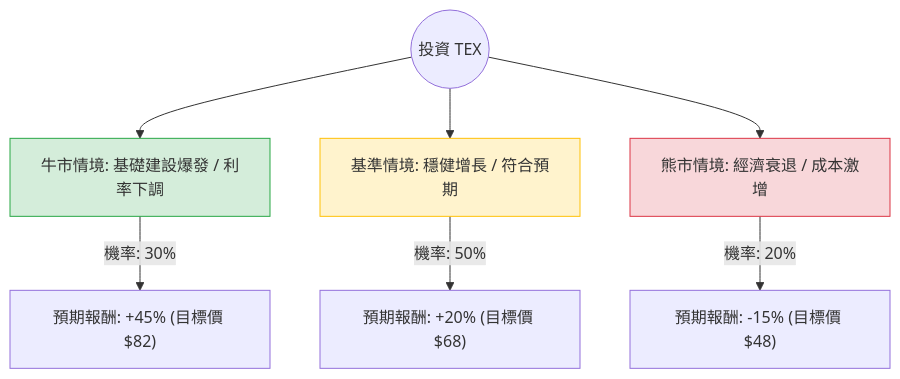
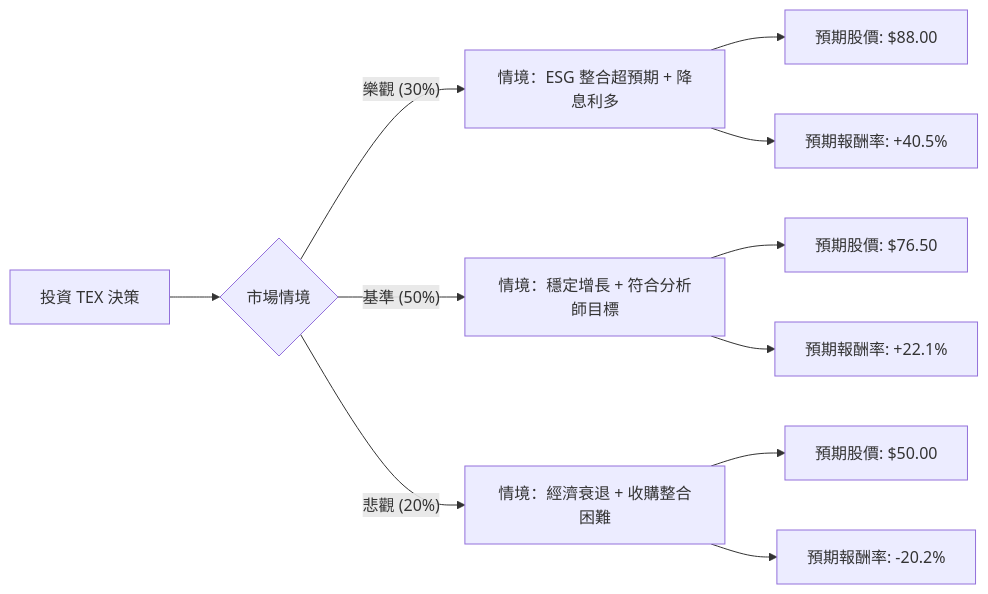
One commit to zmcx16/zmcx16.github.io changed the diagram in plugin-react/ai-analysis/ev-analysis/TEX.md. Above: the diagram before and after it, drawn with Mermaid. The commit also changed other lines of this file and 77 other files, not shown here.

````diff
--- a/plugin-react/ai-analysis/ev-analysis/TEX.md
+++ b/plugin-react/ai-analysis/ev-analysis/TEX.md
@@ -16,14 +18,16 @@
 ```mermaid
-graph TD
-    Start((投資 TEX)) --> Bull[牛市情境: 基礎建設爆發 / 利率下調]
-    Start --> Base[基準情境: 穩健增長 / 符合預期]
-    Start --> Bear[熊市情境: 經濟衰退 / 成本激增]
-
-    Bull -- "機率: 30%" --> BullVal["預期報酬: +45% (目標價 $82)"]
-    Base -- "機率: 50%" --> BaseVal["預期報酬: +20% (目標價 $68)"]
-    Bear -- "機率: 20%" --> BearVal["預期報酬: -15% (目標價 $48)"]
-
-    style Bull fill:#d4edda,stroke:#28a745
-    style Base fill:#fff3cd,stroke:#ffc107
-    style Bear fill:#f8d7da,stroke:#dc3545
+graph LR
+    A[投資 TEX 決策] --> B{市場情境}
+    
+    B -- 樂觀 (30%) --> C[情境：ESG 整合超預期 + 降息利多]
+    C --> C1[預期股價: $88.00]
+    C --> C2[預期報酬率: +40.5%]
+    
+    B -- 基準 (50%) --> D[情境：穩定增長 + 符合分析師目標]
+    D --> D1[預期股價: $76.50]
+    D --> D2[預期報酬率: +22.1%]
+    
+    B -- 悲觀 (20%) --> E[情境：經濟衰退 + 收購整合困難]
+    E --> E1[預期股價: $50.00]
+    E --> E2[預期報酬率: -20.2%]
 ```
````
